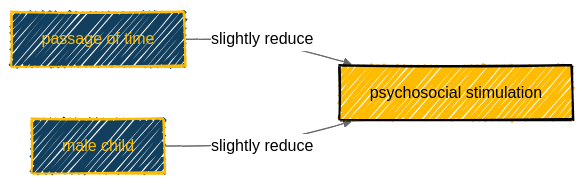
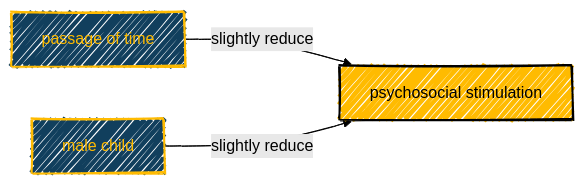
The diagram in MICSPLUS/diagram.md (agrogan1/research), drawn with Mermaid before and after one commit.

````diff
--- a/MICSPLUS/diagram.md
+++ b/MICSPLUS/diagram.md
@@ -1,32 +1,32 @@
 ```mermaid
 ---
 config:
   look: handDrawn
-  theme: neutral
+  theme: forest
 ---
 
 flowchart LR
 
   classDef yellow fill:#FFC20E,stroke:#000000,stroke-width:2px,color:#000000;
   
   classDef cyan fill:#1CABE2,stroke:#000000,stroke-width:2px,color:#FFFFFF;
   
   classDef red fill:#E2231A,stroke:#000000,stroke-width:2px,color:#FFFFFF;
   
   classDef orange fill:#F26A21,stroke:#000000,stroke-width:2px,color:#FFFFFF;
 
   classDef tidal fill:#113f5d,color:#FFBB00,stroke:#FFBB00,stroke-width:2px
 
   classDef tidal2 fill:#FFBB00,color:#000000,stroke:#000000,stroke-width:2px
 
   time[passage of time]:::tidal
 
   psychosocial[psychosocial stimulation]:::tidal2
 
   male[male child]:::tidal
 
   time --> |"slightly reduce"| psychosocial
 
   male --> |"slightly reduce"| psychosocial
 
 ```
````
